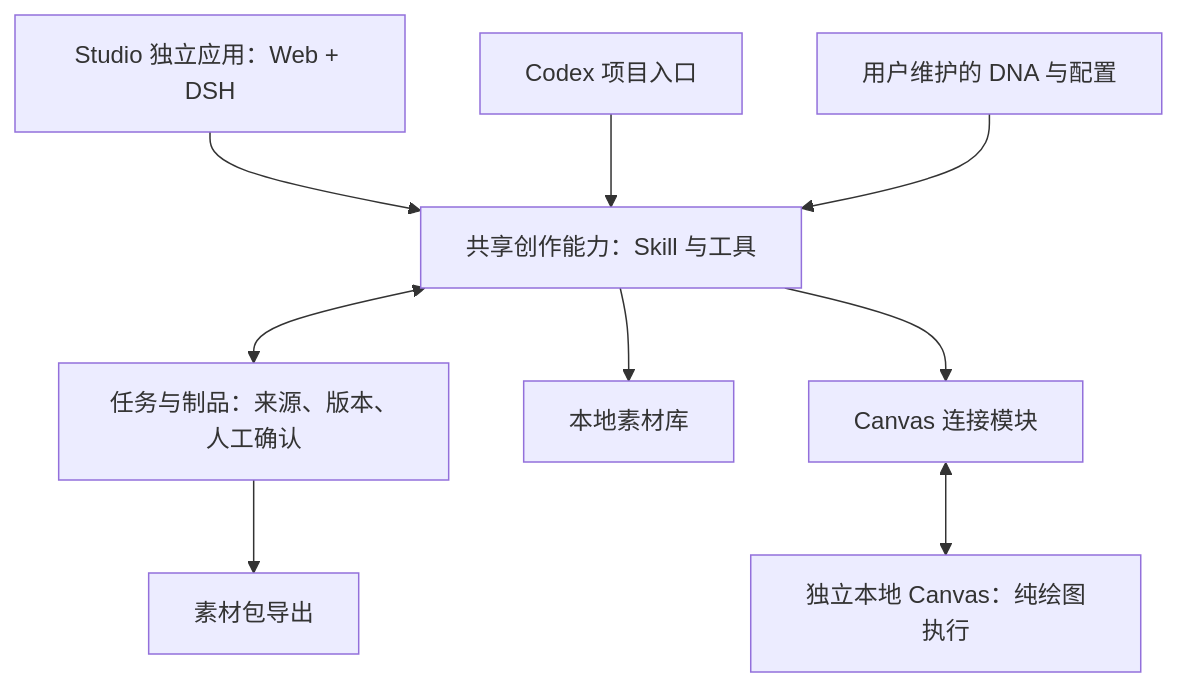
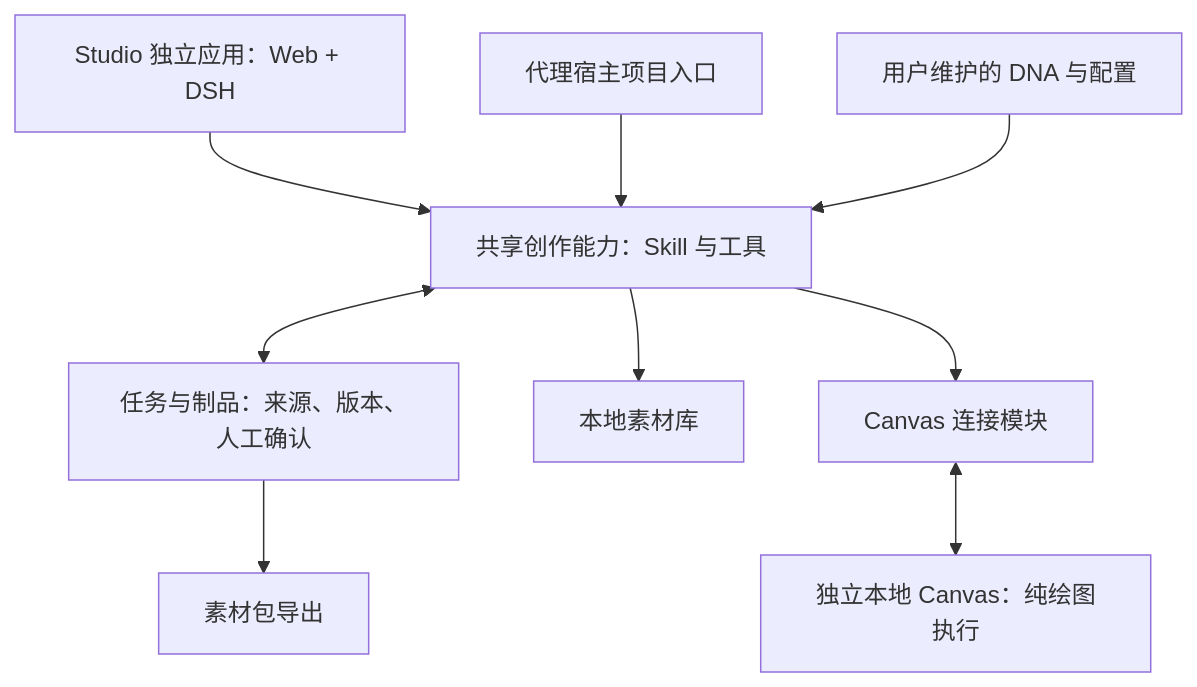
One commit to akechi0819-lgtm/creative-Agent-studio changed the diagram in Creative_Agent_Studio_PRD.md. Above: the diagram before and after it, drawn with Mermaid. The commit also changed other lines of this file and 35 other files, not shown here.

````diff
--- a/Creative_Agent_Studio_PRD.md
+++ b/Creative_Agent_Studio_PRD.md
@@ -257,11 +257,11 @@
 ```mermaid
 flowchart TB
     WEB["Studio 独立应用：Web + DSH"] --> SHARED["共享创作能力：Skill 与工具"]
-    CODEX["Codex 项目入口"] --> SHARED
+    HOST["代理宿主项目入口"] --> SHARED
     DNA["用户维护的 DNA 与配置"] --> SHARED
     SHARED <--> TASK["任务与制品：来源、版本、人工确认"]
     SHARED --> ASSET["本地素材库"]
     SHARED --> CONNECTOR["Canvas 连接模块"]
     CONNECTOR <--> CANVAS["独立本地 Canvas：纯绘图执行"]
     TASK --> EXPORT["素材包导出"]
 ```
````
